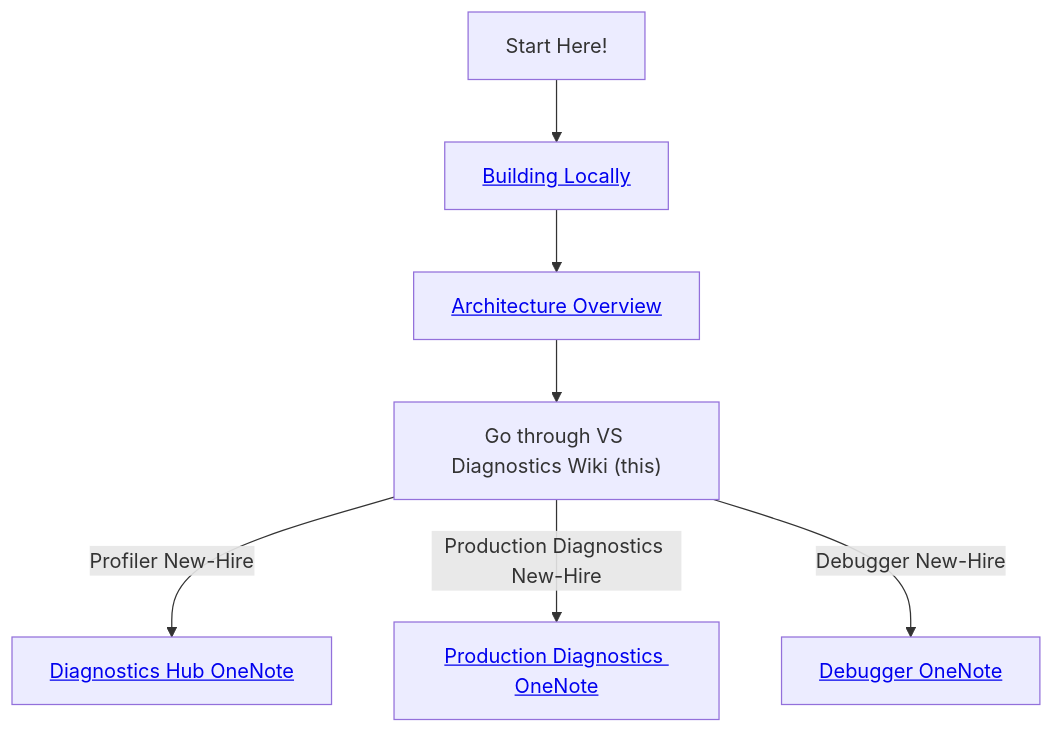
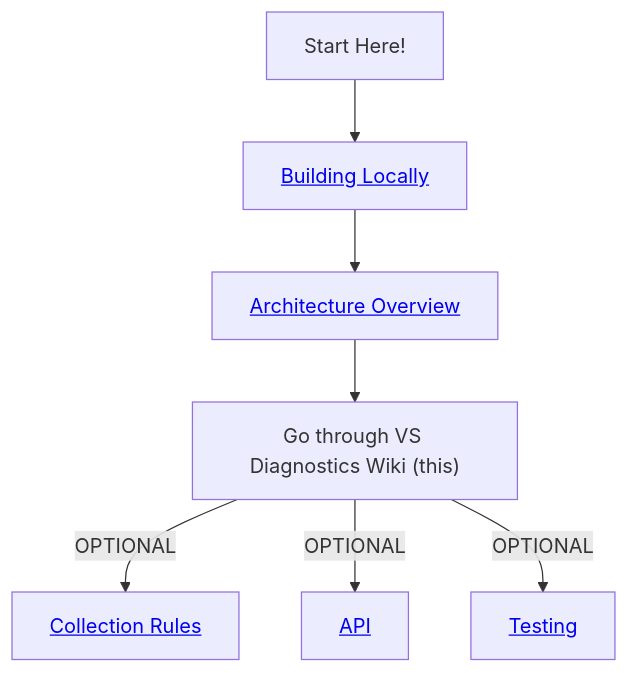
The diagram in documentation/learningPath/README.md (dotnet/dotnet-monitor), drawn with Mermaid before and after one commit.

````diff
--- a/documentation/learningPath/README.md
+++ b/documentation/learningPath/README.md
@@ -8,9 +8,9 @@
 ```mermaid
 graph TD
     B[Start Here!] --> C[<a href='https://github.com/dotnet/dotnet-monitor/blob/main/documentation/building.md'>Building Locally</a>]
     C --> D[<a href='https://github.com/kkeirstead/dotnet-monitor/blob/kkeirstead/LearningPath/documentation/learningPath/architecture.md'>Architecture Overview</a>]
-    D --> E["Go through VS Diagnostics Wiki (this)"]
-    E --> |Profiler New-Hire| F[<a href='https://microsoft.sharepoint.com/:o:/r/teams/VisualStudioProductTeam/_layouts/15/Doc.aspx?sourcedoc=%7B1B956597-4B0E-4150-A3AF-1C8327205C26%7D&file=Diagnostics%20Hub&action=edit&mobileredirect=true&wdorigin=Sharepoint'>Diagnostics Hub OneNote</a>]
-    E --> |Production Diagnostics New-Hire| G[<a href='https://microsoft.sharepoint.com/teams/VisualStudioProductTeam/Shared%20Documents/Forms/AllItems.aspx?id=%2Fteams%2FVisualStudioProductTeam%2FShared%20Documents%2FVS%20Diagnostics%2FProduction%20Diagnostics%2F%5FOneNote&viewid=fc0feb05%2D8384%2D4621%2Da946%2D71f556fd73ec'>Production Diagnostics OneNote</a>]
-    E --> |Debugger New-Hire| H["<a href='https://microsoft.sharepoint.com/teams/VisualStudioProductTeam/_layouts/15/Doc.aspx?sourcedoc={62985f92-d727-4d94-a965-15931f382492}'>Debugger OneNote</a>"]
+    D --> G["Go through VS Diagnostics Wiki (this)"]
+    G --> |OPTIONAL| H[<a href='https://microsoft.sharepoint.com/:o:/r/teams/VisualStudioProductTeam/_layouts/15/Doc.aspx?sourcedoc=%7B1B956597-4B0E-4150-A3AF-1C8327205C26%7D&file=Diagnostics%20Hub&action=edit&mobileredirect=true&wdorigin=Sharepoint'>Collection Rules</a>]
+    G --> |OPTIONAL| I[<a href='https://microsoft.sharepoint.com/teams/VisualStudioProductTeam/Shared%20Documents/Forms/AllItems.aspx?id=%2Fteams%2FVisualStudioProductTeam%2FShared%20Documents%2FVS%20Diagnostics%2FProduction%20Diagnostics%2F%5FOneNote&viewid=fc0feb05%2D8384%2D4621%2Da946%2D71f556fd73ec'>API</a>]
+    G --> |OPTIONAL| J["<a href='https://microsoft.sharepoint.com/teams/VisualStudioProductTeam/_layouts/15/Doc.aspx?sourcedoc={62985f92-d727-4d94-a965-15931f382492}'>Testing</a>"]
 ```
````
